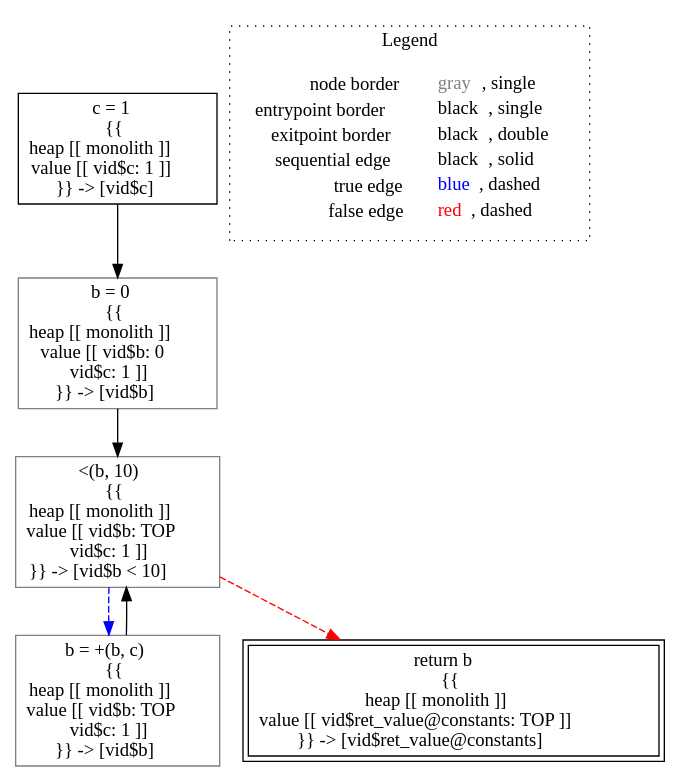
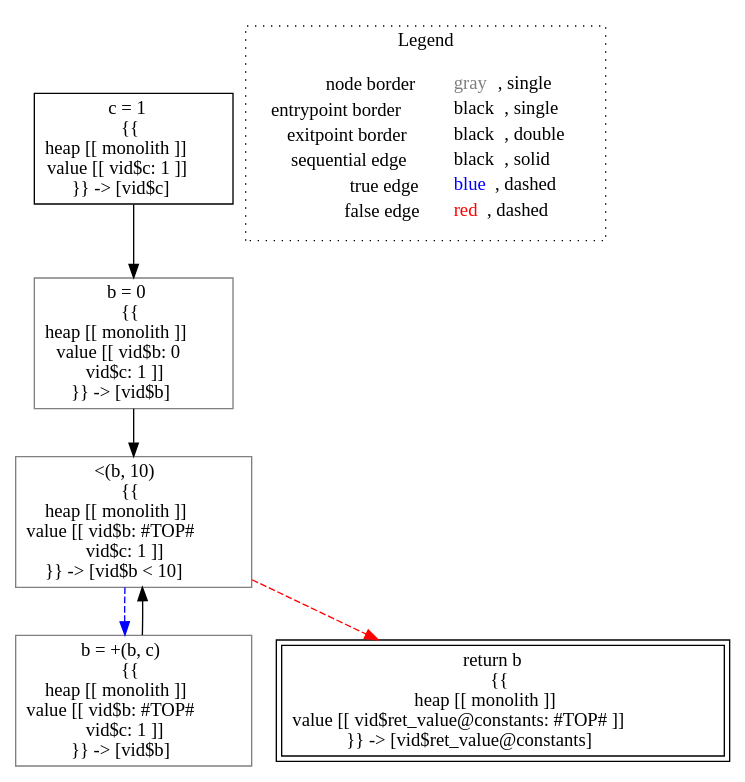
The diagram in lisa/imp-testcases/numeric/int-const/analysis___untyped_tutorial.constants().dot (lisa-analyzer/lisa), drawn with Graphviz before and after one commit. The commit also changed 30 other files, not shown here.

```diff
--- a/lisa/imp-testcases/numeric/int-const/analysis___untyped_tutorial.constants().dot
+++ b/lisa/imp-testcases/numeric/int-const/analysis___untyped_tutorial.constants().dot
@@ -1,19 +1,19 @@
 digraph {
 	"node0" [shape="rect",color="black",label=<c = 1<BR/>{{<BR/>heap [[ monolith ]]<BR/>value [[ vid$c: 1 ]]<BR/>}} -&gt; [vid$c]>];
-	"node1" [shape="rect",color="gray",label=<b = +(b, c)<BR/>{{<BR/>heap [[ monolith ]]<BR/>value [[ vid$b: TOP<BR/>vid$c: 1 ]]<BR/>}} -&gt; [vid$b]>];
-	"node2" [shape="rect",color="black",peripheries="2",label=<return b<BR/>{{<BR/>heap [[ monolith ]]<BR/>value [[ vid$ret_value@constants: TOP ]]<BR/>}} -&gt; [vid$ret_value@constants]>];
-	"node3" [shape="rect",color="gray",label=<&lt;(b, 10)<BR/>{{<BR/>heap [[ monolith ]]<BR/>value [[ vid$b: TOP<BR/>vid$c: 1 ]]<BR/>}} -&gt; [vid$b &lt; 10]>];
+	"node1" [shape="rect",color="black",peripheries="2",label=<return b<BR/>{{<BR/>heap [[ monolith ]]<BR/>value [[ vid$ret_value@constants: #TOP# ]]<BR/>}} -&gt; [vid$ret_value@constants]>];
+	"node2" [shape="rect",color="gray",label=<b = +(b, c)<BR/>{{<BR/>heap [[ monolith ]]<BR/>value [[ vid$b: #TOP#<BR/>vid$c: 1 ]]<BR/>}} -&gt; [vid$b]>];
+	"node3" [shape="rect",color="gray",label=<&lt;(b, 10)<BR/>{{<BR/>heap [[ monolith ]]<BR/>value [[ vid$b: #TOP#<BR/>vid$c: 1 ]]<BR/>}} -&gt; [vid$b &lt; 10]>];
 	"node4" [shape="rect",color="gray",label=<b = 0<BR/>{{<BR/>heap [[ monolith ]]<BR/>value [[ vid$b: 0<BR/>vid$c: 1 ]]<BR/>}} -&gt; [vid$b]>];
-	"node1" -> "node3" [color="black"];
 	"node0" -> "node4" [color="black"];
-	"node3" -> "node1" [color="blue",style="dashed"];
-	"node3" -> "node2" [color="red",style="dashed"];
+	"node2" -> "node3" [color="black"];
+	"node3" -> "node1" [color="red",style="dashed"];
+	"node3" -> "node2" [color="blue",style="dashed"];
 	"node4" -> "node3" [color="black"];
 subgraph cluster_legend {
 	label="Legend";
 	style=dotted;
 	node [shape=plaintext];
 	"legend" [label=<<table border="0" cellpadding="2" cellspacing="0" cellborder="0"><tr><td align="right">node border&nbsp;</td><td align="left"><font color="gray">gray</font>, single</td></tr><tr><td align="right">entrypoint border&nbsp;</td><td align="left"><font color="black">black</font>, single</td></tr><tr><td align="right">exitpoint border&nbsp;</td><td align="left"><font color="black">black</font>, double</td></tr><tr><td align="right">sequential edge&nbsp;</td><td align="left"><font color="black">black</font>, solid</td></tr><tr><td align="right">true edge&nbsp;</td><td align="left"><font color="blue">blue</font>, dashed</td></tr><tr><td align="right">false edge&nbsp;</td><td align="left"><font color="red">red</font>, dashed</td></tr></table>>];
 }
 
 }
```
